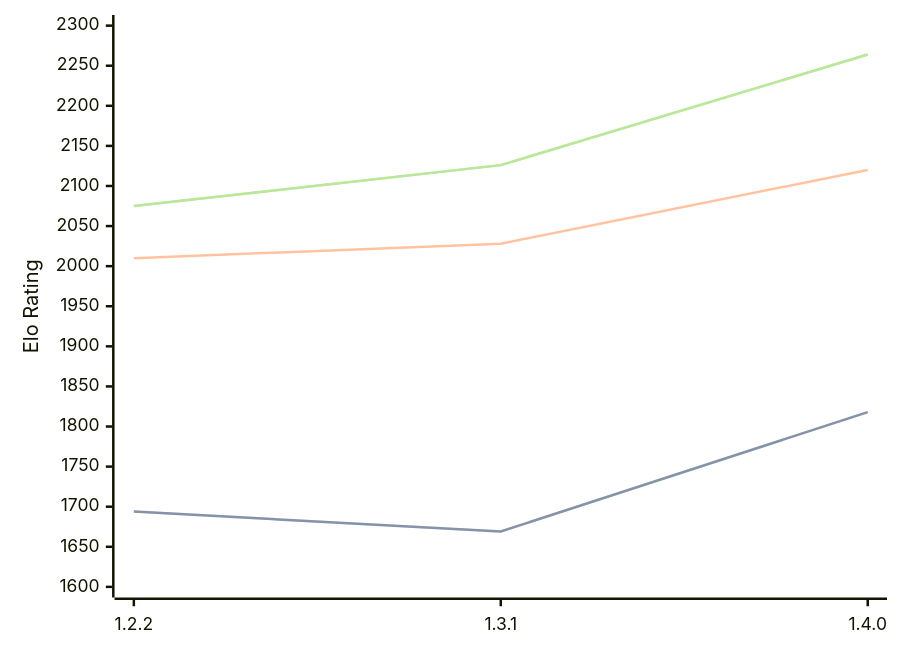
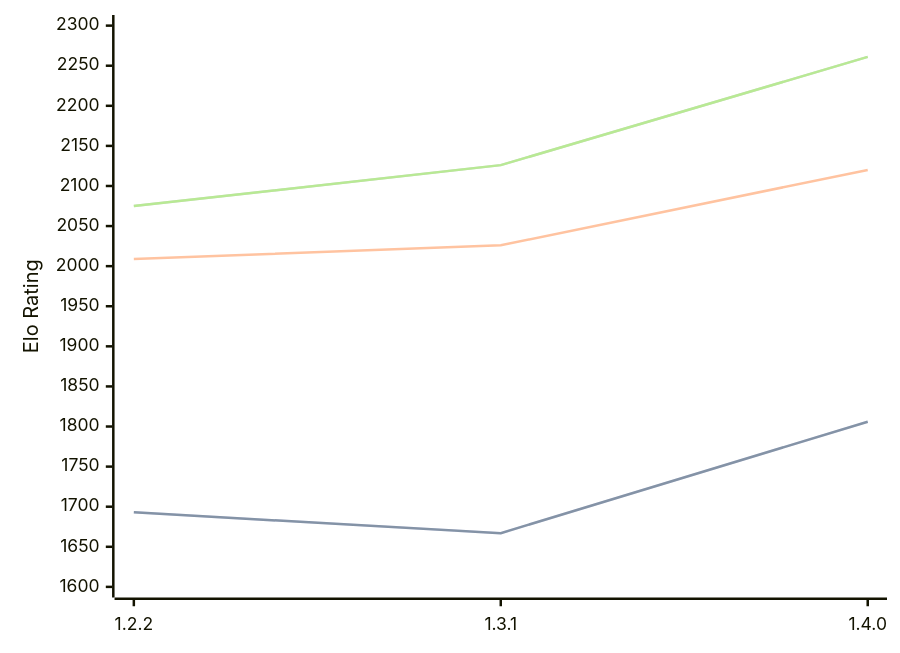
Before and after one commit to computer-chess-index/cci: the diagram in engines/SoloEngine.md, drawn with Mermaid. The commit also changed other lines of this file, not shown here.

Commit message:
Update CCI Ratings (ELO VLTC) - 2026-02-28

````diff
--- a/engines/SoloEngine.md
+++ b/engines/SoloEngine.md
@@ -31,11 +31,11 @@
 ```mermaid
 %%{init: {"theme":"base","themeVariables":{"seriesColors:['#a3a3a3','#222221','#faa371']}}}%%
 xychart-beta
   x-axis ["1.2.2", "1.3.1", "1.4.0"]
   y-axis "Elo Rating" 1600 --> 2300
-  line "STC (8.0+0.08s)" [1694, 1669, 1818]
-  line "STC (8.0+0.08s)" [1694, 1669, 1818]
-  line "LTC (60.0+0.60s)" [2010, 2028, 2120]
-  line "VLTC (2m24s+1.12s)" [2075, 2126, 2264]
-  line "VLTC (2m24s+1.12s)" [2075, 2126, 2264]
+  line "STC (8.0+0.08s)" [1693, 1667, 1806]
+  line "STC (8.0+0.08s)" [1693, 1667, 1806]
+  line "LTC (60.0+0.60s)" [2009, 2026, 2120]
+  line "VLTC (2m24s+1.12s)" [2075, 2126, 2261]
+  line "VLTC (2m24s+1.12s)" [2075, 2126, 2261]
 ```
````
